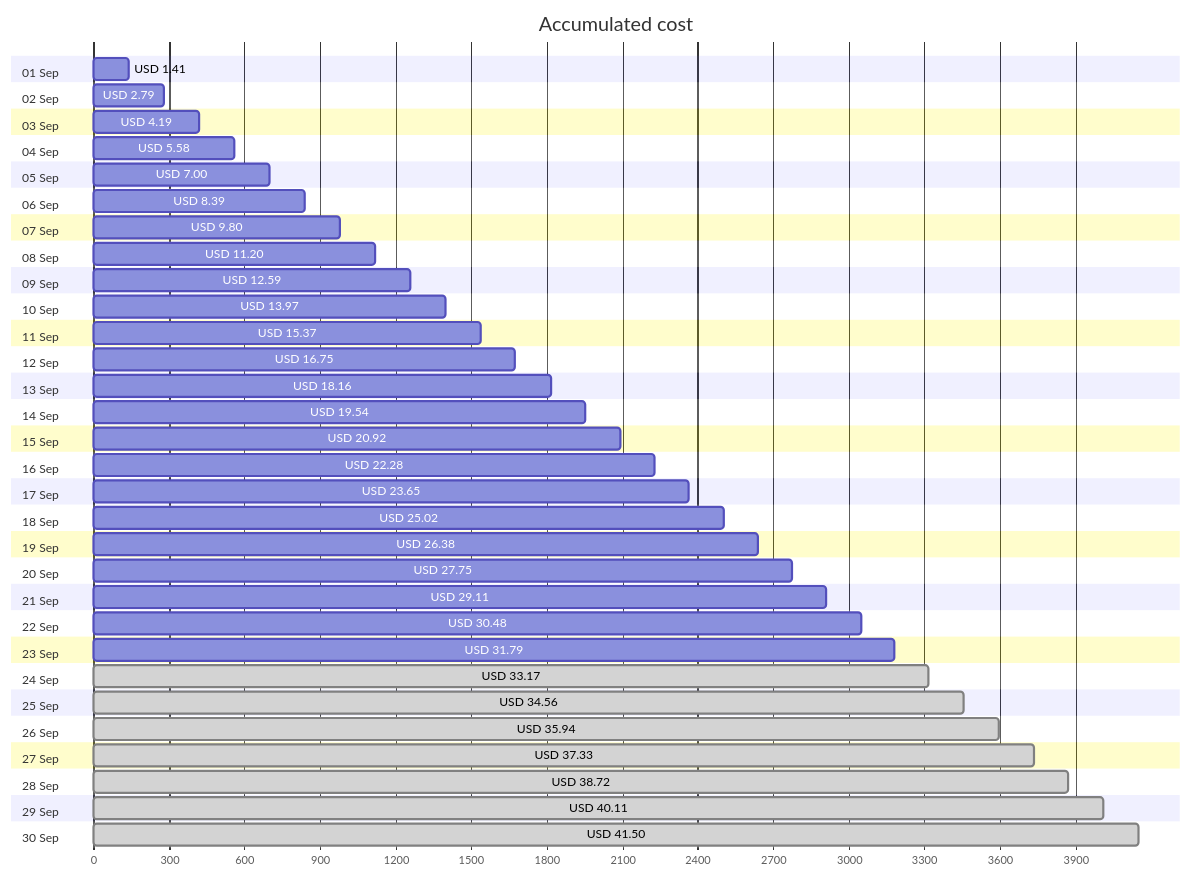
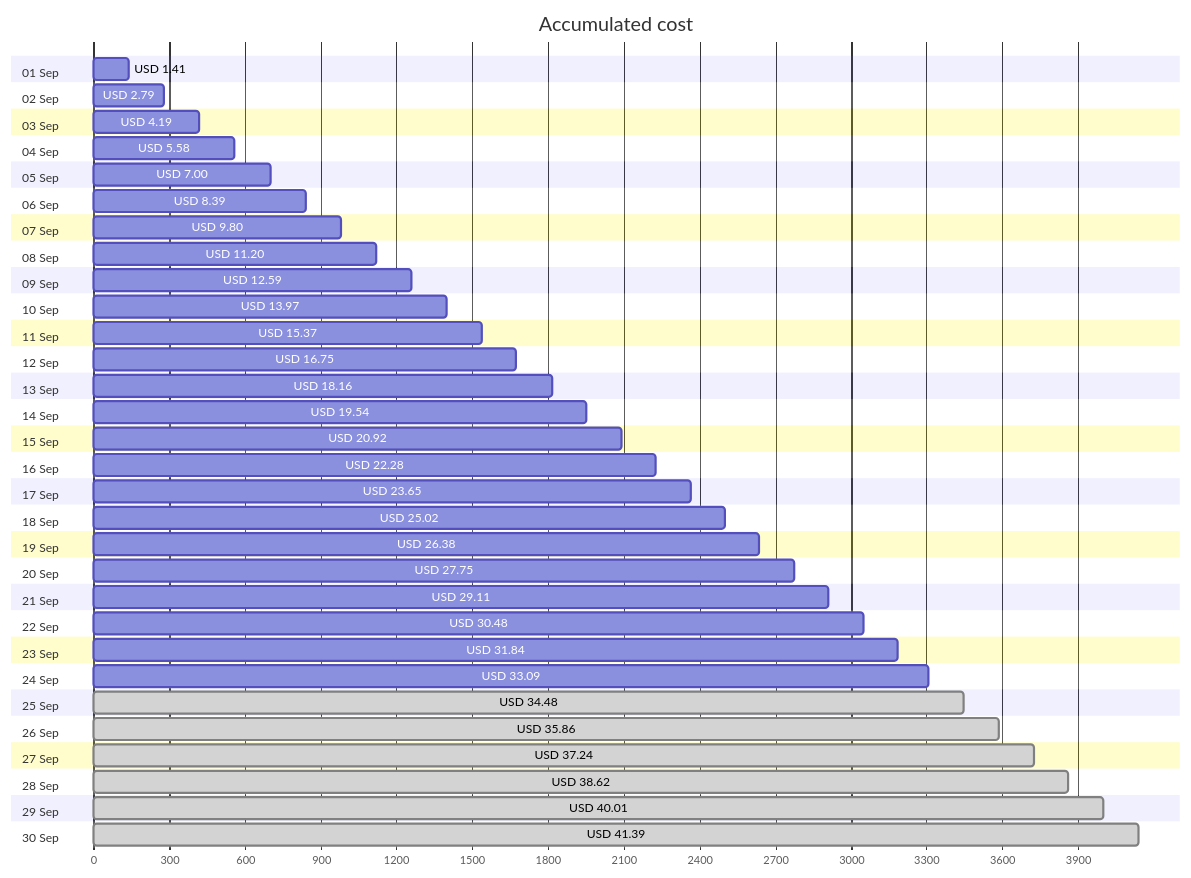
Before and after one commit to jpfulton/azure-personal-reports: the first of 4 diagrams in cost-reports/personal-network/backup-data-disk.md, drawn with Mermaid. The commit also changed other lines of this file and 9 other files, not shown here.

````diff
--- a/cost-reports/personal-network/backup-data-disk.md
+++ b/cost-reports/personal-network/backup-data-disk.md
@@ -20,66 +20,66 @@
 ```mermaid
 gantt
    title Accumulated cost
    dateFormat  X
    axisFormat %s
    section 01 Sep
    USD 1.41 :0, 141
    section 02 Sep
    USD 2.79 :0, 279
    section 03 Sep
    USD 4.19 :0, 419
    section 04 Sep
    USD 5.58 :0, 558
    section 05 Sep
    USD 7.00 :0, 700
    section 06 Sep
    USD 8.39 :0, 839
    section 07 Sep
    USD 9.80 :0, 980
    section 08 Sep
    USD 11.20 :0, 1120
    section 09 Sep
    USD 12.59 :0, 1259
    section 10 Sep
    USD 13.97 :0, 1397
    section 11 Sep
    USD 15.37 :0, 1537
    section 12 Sep
    USD 16.75 :0, 1675
    section 13 Sep
    USD 18.16 :0, 1816
    section 14 Sep
    USD 19.54 :0, 1954
    section 15 Sep
    USD 20.92 :0, 2092
    section 16 Sep
    USD 22.28 :0, 2228
    section 17 Sep
    USD 23.65 :0, 2365
    section 18 Sep
    USD 25.02 :0, 2502
    section 19 Sep
    USD 26.38 :0, 2638
    section 20 Sep
    USD 27.75 :0, 2775
    section 21 Sep
    USD 29.11 :0, 2911
    section 22 Sep
    USD 30.48 :0, 3048
    section 23 Sep
-   USD 31.79 :0, 3179
+   USD 31.84 :0, 3184
    section 24 Sep
-   USD 33.17 : done, 0, 3317
+   USD 33.09 :0, 3309
    section 25 Sep
-   USD 34.56 : done, 0, 3456
+   USD 34.48 : done, 0, 3448
    section 26 Sep
-   USD 35.94 : done, 0, 3594
+   USD 35.86 : done, 0, 3586
    section 27 Sep
-   USD 37.33 : done, 0, 3733
+   USD 37.24 : done, 0, 3724
    section 28 Sep
-   USD 38.72 : done, 0, 3872
+   USD 38.62 : done, 0, 3862
    section 29 Sep
-   USD 40.11 : done, 0, 4011
+   USD 40.01 : done, 0, 4001
    section 30 Sep
-   USD 41.50 : done, 0, 4150
+   USD 41.39 : done, 0, 4139
 ```
````
